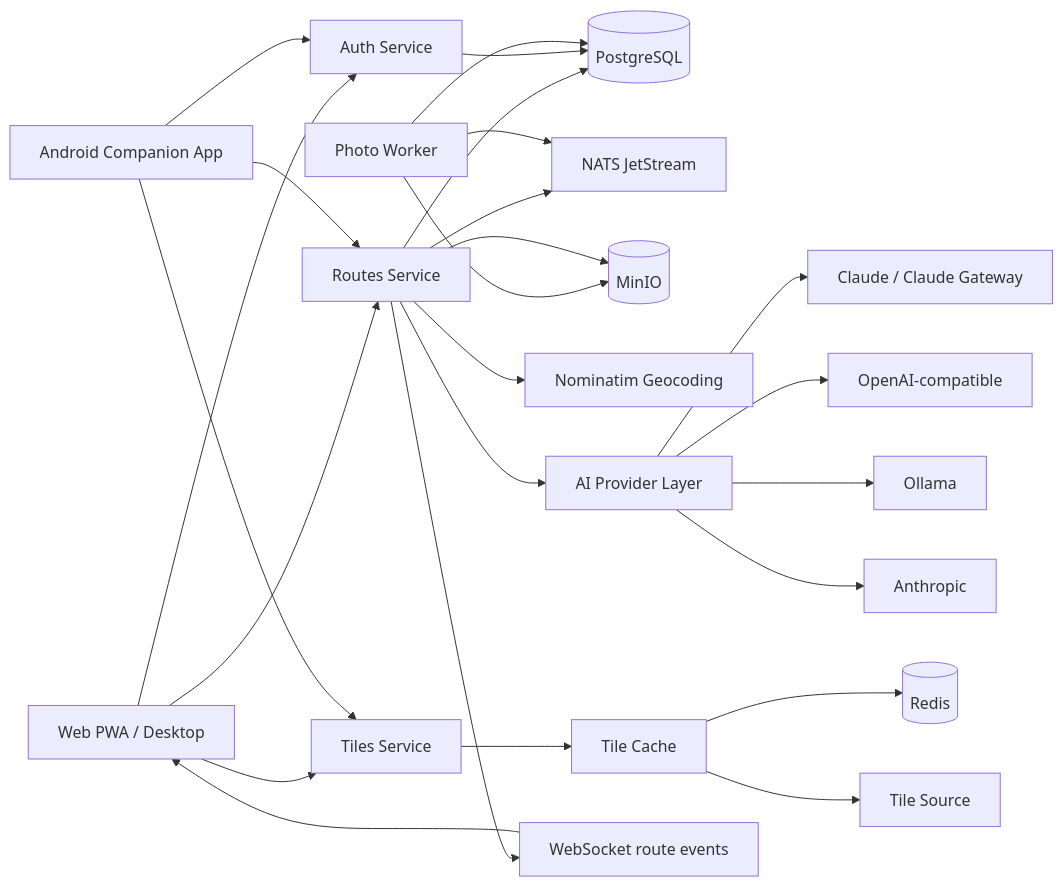
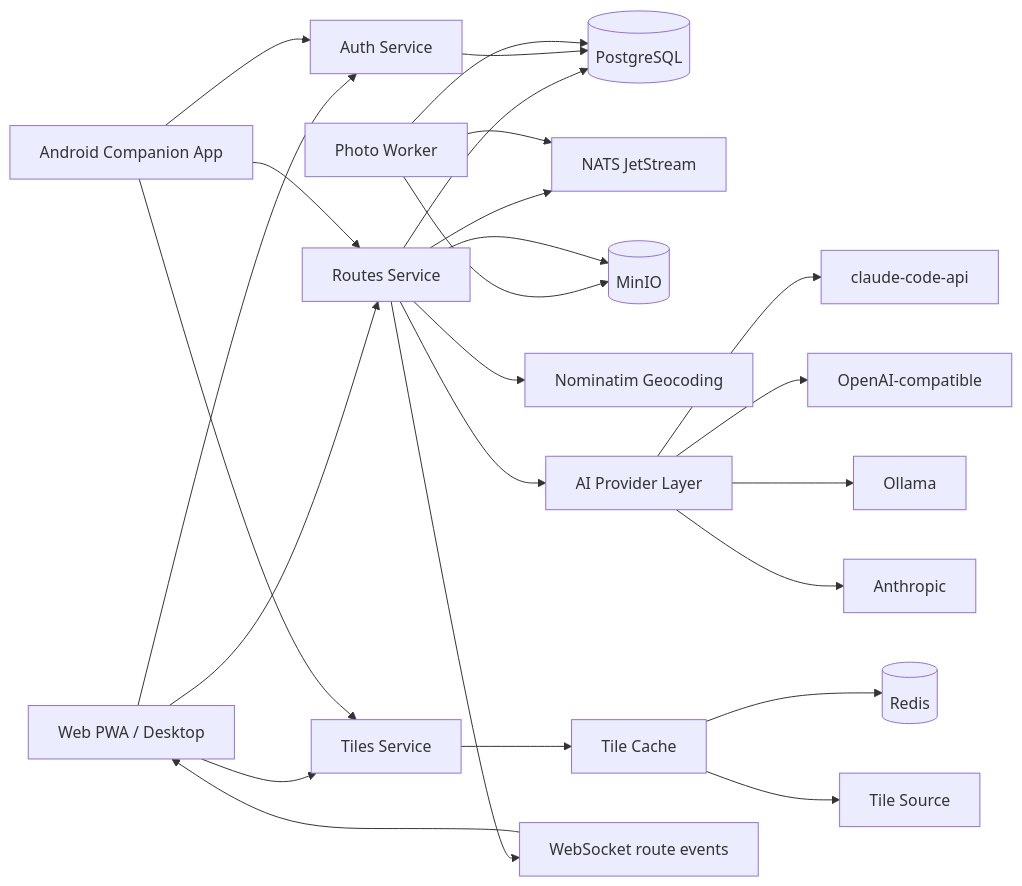
The diagram in doc/system-passport-2026-04-21.md (jaennil/guide_helper), drawn with Mermaid before and after one commit. The commit also changed other lines of this file and 2 other files, not shown here.

Commit message:
docs(ai): sync Claude integration docs

````diff
--- a/doc/system-passport-2026-04-21.md
+++ b/doc/system-passport-2026-04-21.md
@@ -73,32 +73,32 @@
 ```mermaid
 flowchart LR
     U1[Web PWA / Desktop] --> AUTH[Auth Service]
     U1 --> ROUTES[Routes Service]
     U2[Android Companion App] --> AUTH
     U2 --> ROUTES
 
     ROUTES --> PG[(PostgreSQL)]
     AUTH --> PG
 
     ROUTES --> NATS[NATS JetStream]
     WORKER[Photo Worker] --> NATS
     WORKER --> PG
     WORKER --> MINIO[(MinIO)]
     ROUTES --> MINIO
 
     ROUTES --> GEO[Nominatim Geocoding]
     ROUTES --> AI[AI Provider Layer]
-    AI --> CLAUDE[Claude / Claude Gateway]
+    AI --> CLAUDE[claude-code-api]
     AI --> OPENAI[OpenAI-compatible]
     AI --> OLLAMA[Ollama]
     AI --> ANTHROPIC[Anthropic]
 
     U1 --> TILES[Tiles Service]
     U2 --> TILES
     TILES --> CACHE[Tile Cache]
     CACHE --> REDIS[(Redis)]
     CACHE --> OSM[Tile Source]
 
     ROUTES --> WS[WebSocket route events]
     WS --> U1
 ```
````
